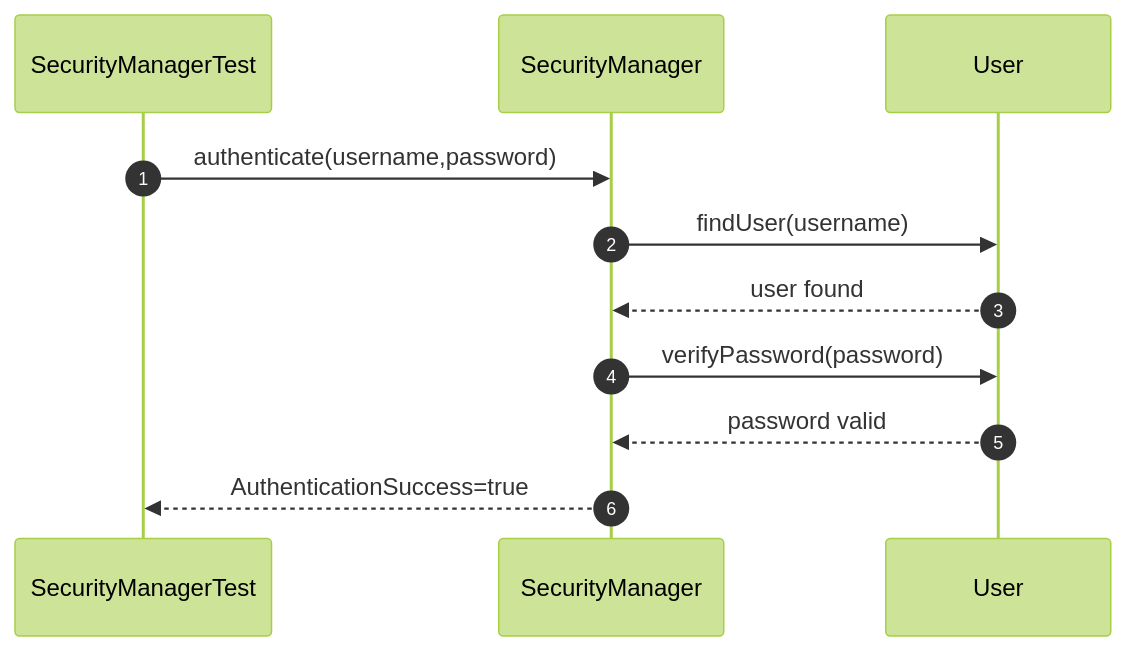
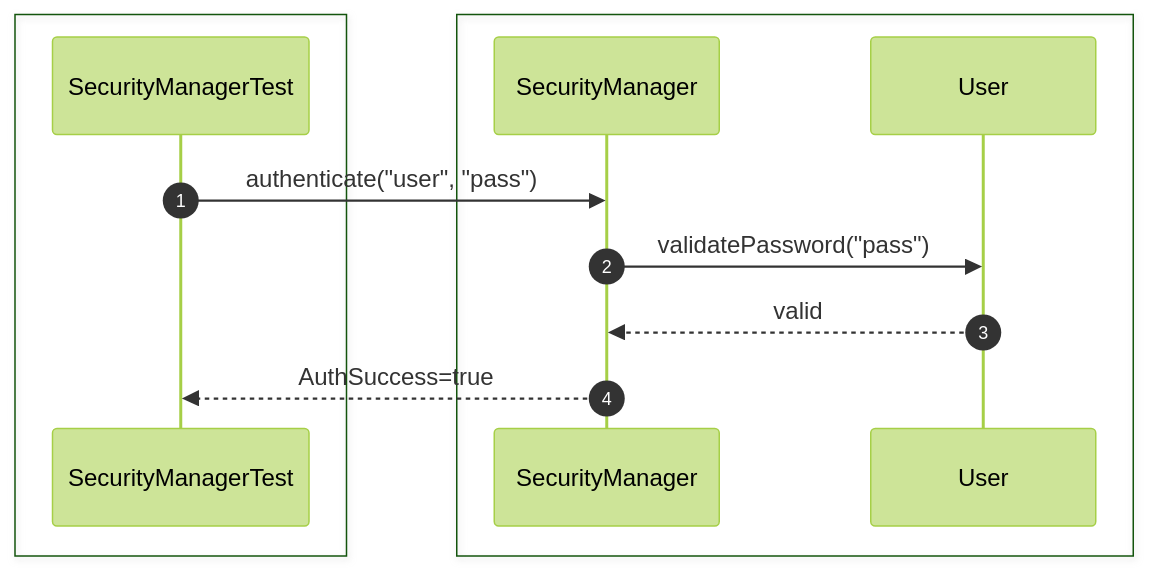
Before and after one commit to Huy1801214/dbms-architecture: the first of 35 diagrams in src/sequence/security.md, drawn with Mermaid (forest theme). The commit also changed other lines of this file and 10 other files, not shown here.

Commit message:
add comprehensive sequence diagrams and documentation for system architecture and unit testing specifications

````diff
--- a/src/sequence/security.md
+++ b/src/sequence/security.md
@@ -6,19 +6,17 @@
 ```mermaid
 sequenceDiagram
     autonumber
+
+    box #e1f5fe Test Suite
     participant Test as SecurityManagerTest
+    end
+    box #e3f2fd Security Components
     participant Security as SecurityManager
     participant User as User
+    end
 
-    Test->>Security: authenticate(username,password)
-
-    Security->>User: findUser(username)
-
-    User-->>Security: user found
-
-    Security->>User: verifyPassword(password)
-
-    User-->>Security: password valid
-
-    Security-->>Test: AuthenticationSuccess=true
+    Test->>Security: authenticate("user", "pass")
+    Security->>User: validatePassword("pass")
+    User-->>Security: valid
+    Security-->>Test: AuthSuccess=true
 ```
````
